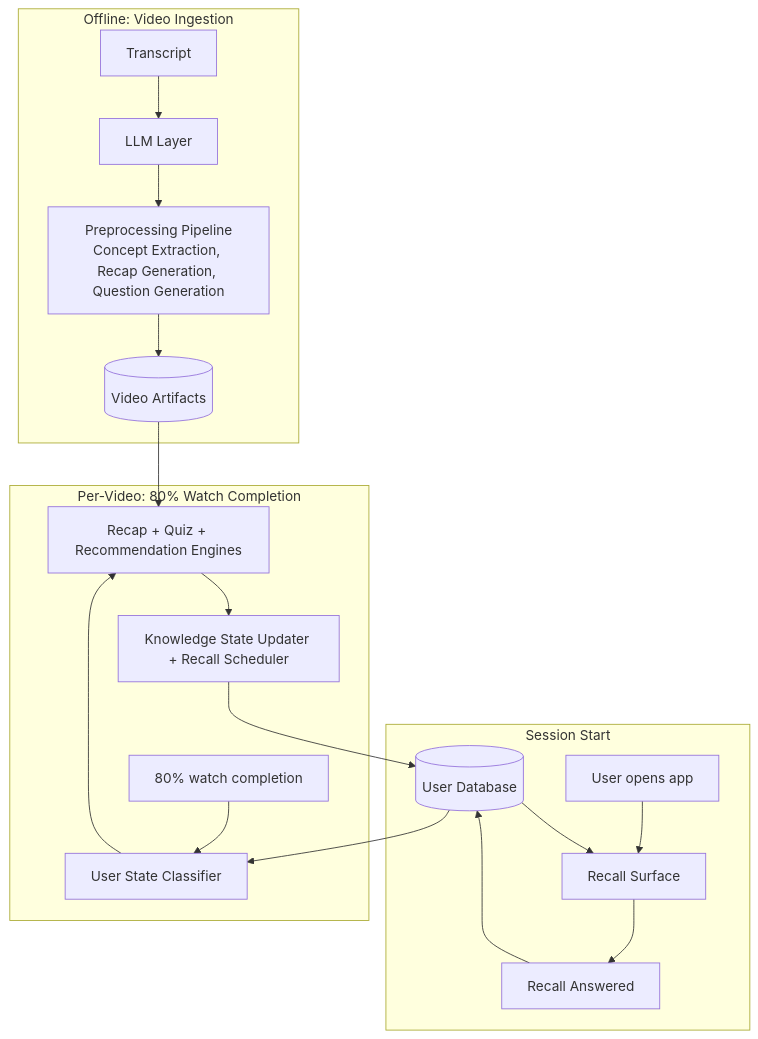
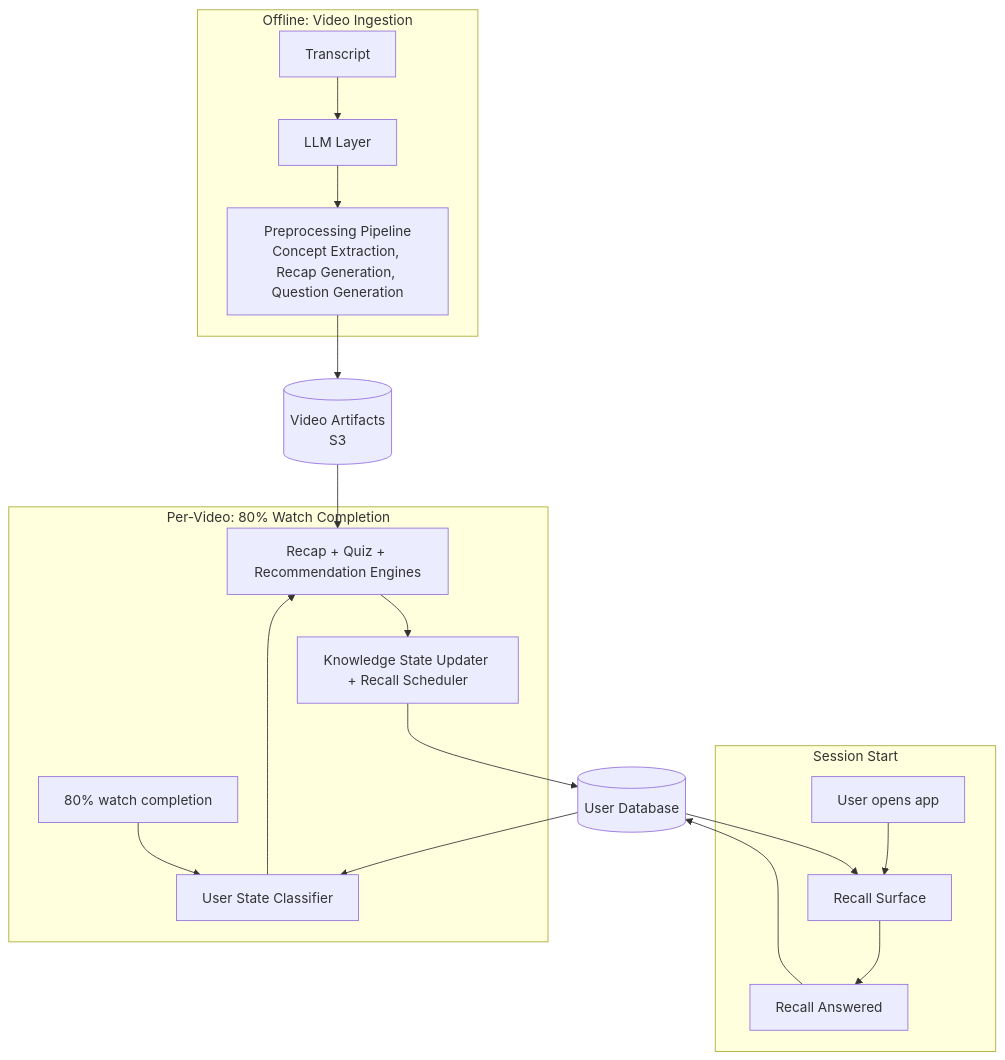
The diagram in documentation/07-architecture.md (kirubanath/Saathi), drawn with Mermaid before and after one commit.

Commit message:
architecture edit

````diff
--- a/documentation/07-architecture.md
+++ b/documentation/07-architecture.md
@@ -11,24 +11,28 @@
 ```mermaid
 flowchart TD
+    ART[("Video Artifacts\nS3")]
+    UD[("User Database")]
+
     subgraph Offline["Offline: Video Ingestion"]
         TR["Transcript"] --> LLC["LLM Layer"]
         LLC --> PRE["Preprocessing Pipeline\nConcept Extraction, Recap Generation, Question Generation"]
-        PRE --> ART[("Video Artifacts")]
     end
 
     subgraph SessionStart["Session Start"]
         OPEN["User opens app"] --> SURF["Recall Surface"]
-        UD[("User Database")] --> SURF
         SURF --> RA["Recall Answered"]
-        RA --> UD
     end
 
     subgraph PerVideo["Per-Video: 80% Watch Completion"]
         W80["80% watch completion"] --> USC["User State Classifier"]
-        UD --> USC
-        ART --> ENG["Recap + Quiz + Recommendation Engines"]
-        USC --> ENG
+        USC --> ENG["Recap + Quiz + Recommendation Engines"]
         ENG --> KSU["Knowledge State Updater + Recall Scheduler"]
-        KSU --> UD
     end
+
+    PRE --> ART
+    ART --> ENG
+    UD --> SURF
+    RA --> UD
+    UD --> USC
+    KSU --> UD
 ```
````
